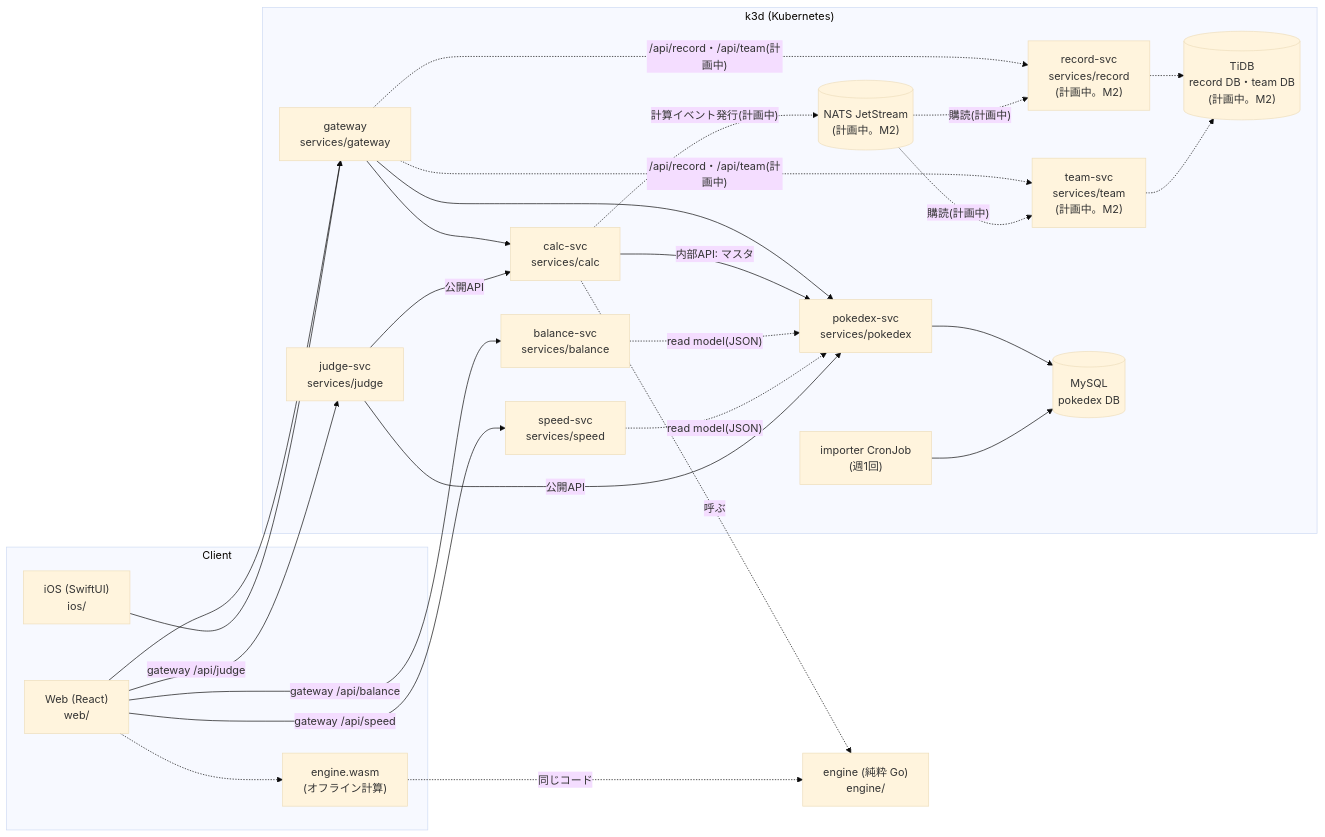
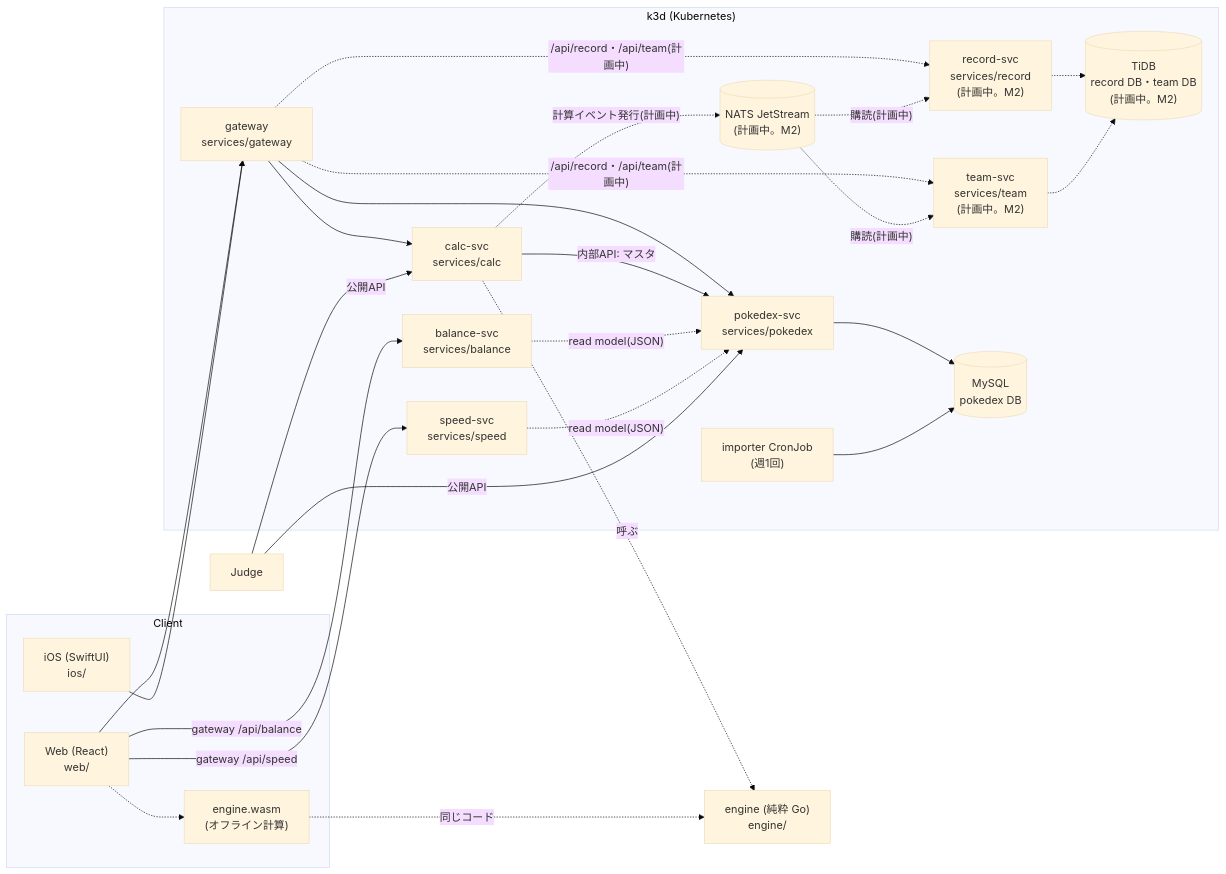
Before and after one commit to yxicun89/MyDamageCalcurater: the first of 2 diagrams in docs/architecture.md, drawn with Mermaid (base theme). The commit also changed other lines of this file and 125 other files, not shown here.

````diff
--- a/docs/architecture.md
+++ b/docs/architecture.md
@@ -6,44 +6,42 @@
 ```mermaid
 flowchart LR
   subgraph Client
     Web["Web (React)<br/>web/"]
     WASM["engine.wasm<br/>(オフライン計算)"]
     iOS["iOS (SwiftUI)<br/>ios/"]
   end
   subgraph k3d["k3d (Kubernetes)"]
     GW["gateway<br/>services/gateway"]
     Calc["calc-svc<br/>services/calc"]
     Pokedex["pokedex-svc<br/>services/pokedex"]
     Balance["balance-svc<br/>services/balance"]
     Speed["speed-svc<br/>services/speed"]
-    Judge["judge-svc<br/>services/judge"]
     Record["record-svc<br/>services/record<br/>(計画中。M2)"]
     Team["team-svc<br/>services/team<br/>(計画中。M2)"]
     MySQL[("MySQL<br/>pokedex DB")]
     TiDB[("TiDB<br/>record DB・team DB<br/>(計画中。M2)")]
     NATS[("NATS JetStream<br/>(計画中。M2)")]
     Import["importer CronJob<br/>(週1回)"]
   end
   Engine["engine (純粋 Go)<br/>engine/"]
   Web --> GW
   iOS --> GW
   Web -.-> WASM
   GW --> Calc & Pokedex
   Web -- gateway /api/balance --> Balance
   Web -- gateway /api/speed --> Speed
-  Web -- gateway /api/judge --> Judge
   Calc -- 内部API: マスタ --> Pokedex
   Pokedex --> MySQL
   Import --> MySQL
   Calc -. 呼ぶ .-> Engine
   WASM -. 同じコード .-> Engine
   Balance -. read model(JSON) .-> Pokedex
   Speed -. read model(JSON) .-> Pokedex
   Judge -- 公開API --> Pokedex
   Judge -- 公開API --> Calc
   GW -. "/api/record・/api/team(計画中)" .-> Record & Team
   Calc -. "計算イベント発行(計画中)" .-> NATS
   NATS -. "購読(計画中)" .-> Record & Team
   Record -.-> TiDB
   Team -.-> TiDB
 ```
````
